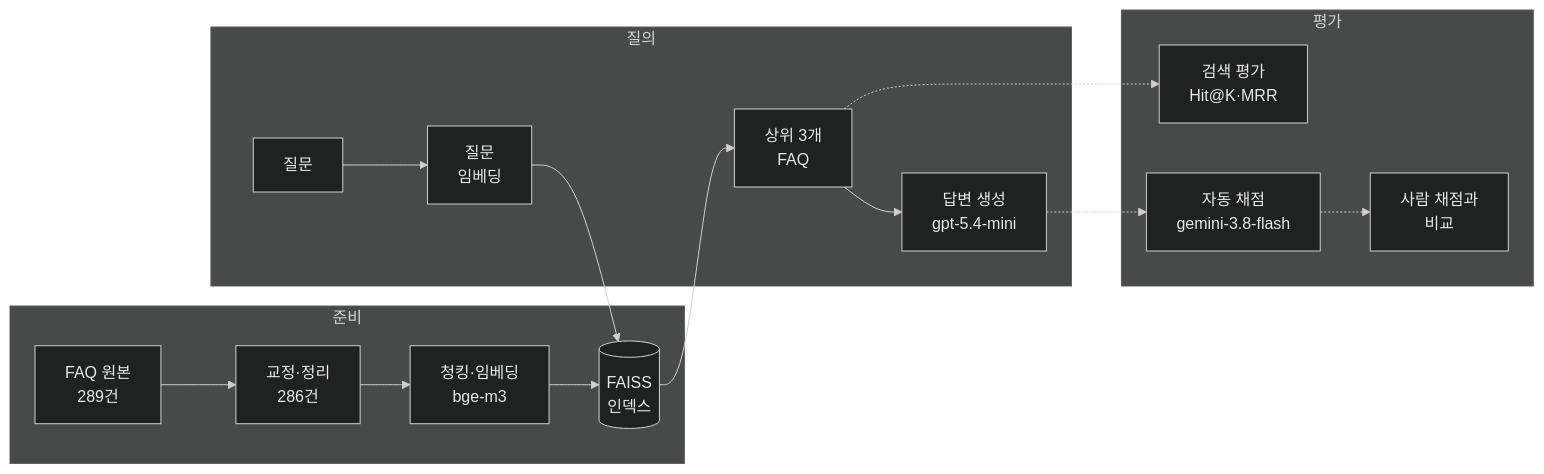
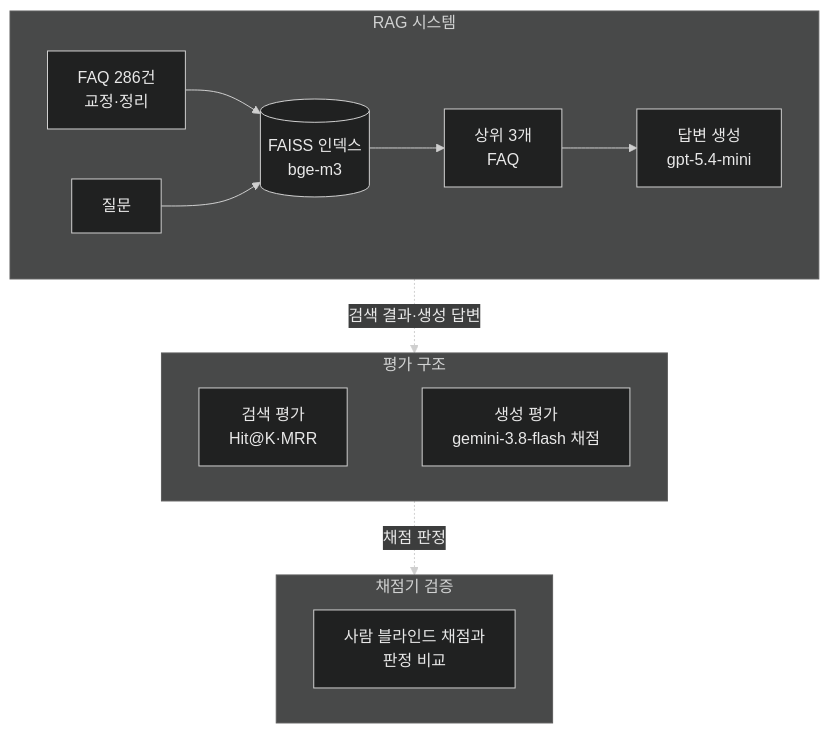
Before and after one commit to seo-yk/seo-yk.github.io: the diagram in _posts/2026-11-18-rag-faq-chatbot.md, drawn with Mermaid. The commit also changed other lines of this file, not shown here.

````diff
--- a/_posts/2026-11-18-rag-faq-chatbot.md
+++ b/_posts/2026-11-18-rag-faq-chatbot.md
@@ -28,20 +32,21 @@
 ```mermaid
 %%{init: {'theme':'base','themeVariables':{'fontFamily':'inherit','background':'#3c3d3d','primaryColor':'#202121','primaryBorderColor':'#cfcfcf','primaryTextColor':'#e8e8e8','lineColor':'#cfcfcf','textColor':'#e8e8e8','actorBkg':'#202121','actorBorderColor':'#cfcfcf','actorTextColor':'#e8e8e8','actorLineColor':'#cfcfcf','signalColor':'#cfcfcf','signalTextColor':'#e8e8e8','noteBkgColor':'#484949','noteBorderColor':'#5c5c5c','noteTextColor':'#d0d0d0','labelBoxBkgColor':'#202121','labelBoxBorderColor':'#cfcfcf','labelTextColor':'#e8e8e8','loopTextColor':'#e8e8e8','edgeLabelBackground':'#3c3d3d','clusterBkg':'#484949','clusterBorder':'#5c5c5c'}}}%%
-flowchart LR
-    subgraph 준비
-        A["FAQ 원본<br/>289건"] --> B["교정·정리<br/>286건"]
-        B --> C["청킹·임베딩<br/>bge-m3"]
-        C --> D[("FAISS<br/>인덱스")]
-    end
-    subgraph 질의
-        Q["질문"] --> E["질문<br/>임베딩"]
-        E --> D
+flowchart TB
+    subgraph S1["RAG 시스템"]
+        direction LR
+        A["FAQ 286건<br/>교정·정리"] --> D[("FAISS 인덱스<br/>bge-m3")]
+        Q["질문"] --> D
         D --> F["상위 3개<br/>FAQ"]
         F --> G["답변 생성<br/>gpt-5.4-mini"]
     end
-    subgraph 평가
-        F -.-> H["검색 평가<br/>Hit@K·MRR"]
-        G -.-> I["자동 채점<br/>gemini-3.8-flash"]
-        I -.-> J["사람 채점과<br/>비교"]
+    subgraph S2["평가 구조"]
+        direction LR
+        H["검색 평가<br/>Hit@K·MRR"] ~~~ I["생성 평가<br/>gemini-3.8-flash 채점"]
     end
+    subgraph S3["채점기 검증"]
+        direction LR
+        J["사람 블라인드 채점과<br/>판정 비교"]
+    end
+    S1 -.->|"검색 결과·생성 답변"| S2
+    S2 -.->|"채점 판정"| S3
 ```
````
